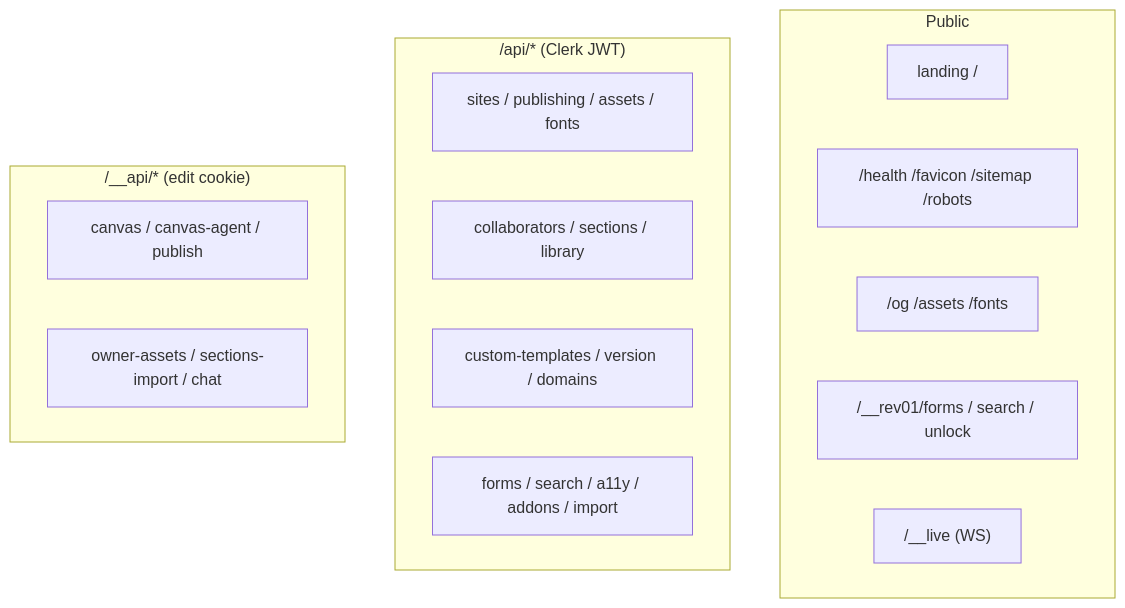
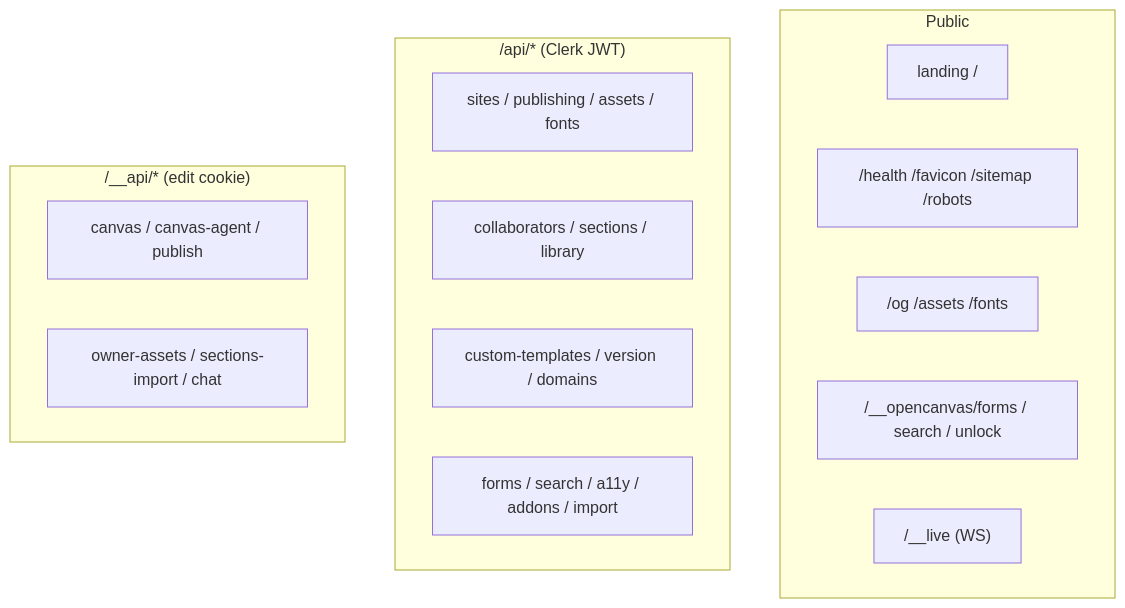
Before and after one commit to aayushman-singh/open-canvas: diagram 33 of 35 in docs/demo/diagrams/live-draw-reference.md, drawn with Mermaid. The commit also changed other lines of this file and 6 other files, not shown here.

````diff
--- a/docs/demo/diagrams/live-draw-reference.md
+++ b/docs/demo/diagrams/live-draw-reference.md
@@ -1048,20 +1048,20 @@
 ```mermaid
 flowchart TB
   subgraph Pub["Public"]
     P1["landing /"]
     P2["/health /favicon /sitemap /robots"]
     P3["/og /assets /fonts"]
-    P4["/__rev01/forms / search / unlock"]
+    P4["/__opencanvas/forms / search / unlock"]
     P5["/__live (WS)"]
   end
   subgraph Clerk["/api/* (Clerk JWT)"]
     C1[sites / publishing / assets / fonts]
     C2[collaborators / sections / library]
     C3[custom-templates / version / domains]
     C4[forms / search / a11y / addons / import]
   end
   subgraph Edit["/__api/* (edit cookie)"]
     E1[canvas / canvas-agent / publish]
     E2[owner-assets / sections-import / chat]
   end
 ```
````
